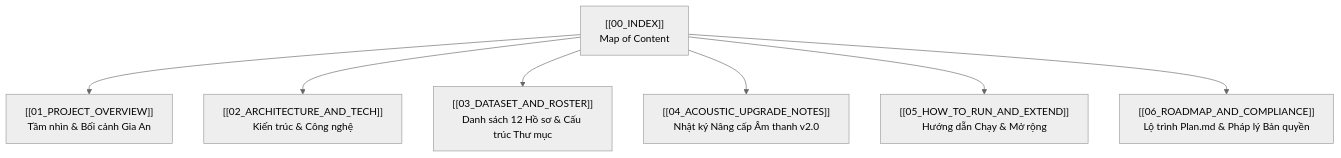
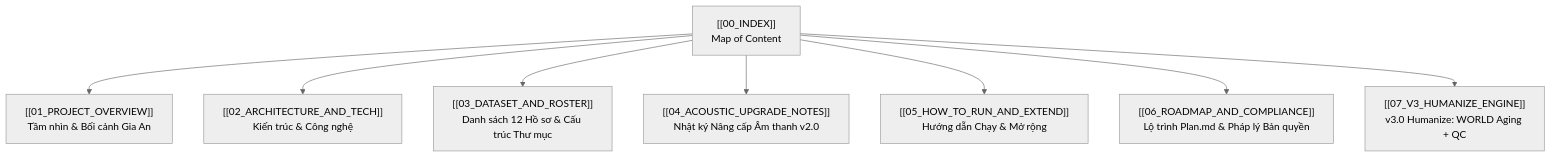
The diagram in vault/00_INDEX.md (AnhDuybugde/elderly-voice-cloning), drawn with Mermaid (neutral theme) before and after one commit. The commit also changed other lines of this file and 588 other files, not shown here.

First line of the commit message:
feat(v3.0): humanize elderly voices with WORLD aging engine, per-speaker identity and QC gate

````diff
--- a/vault/00_INDEX.md
+++ b/vault/00_INDEX.md
@@ -9,9 +9,10 @@
 ```mermaid
 graph TD
     MOC["[[00_INDEX]]<br/>Map of Content"] --> Overview["[[01_PROJECT_OVERVIEW]]<br/>Tầm nhìn & Bối cảnh Gia An"]
     MOC --> Tech["[[02_ARCHITECTURE_AND_TECH]]<br/>Kiến trúc & Công nghệ"]
     MOC --> Roster["[[03_DATASET_AND_ROSTER]]<br/>Danh sách 12 Hồ sơ & Cấu trúc Thư mục"]
     MOC --> Upgrades["[[04_ACOUSTIC_UPGRADE_NOTES]]<br/>Nhật ký Nâng cấp Âm thanh v2.0"]
     MOC --> Guide["[[05_HOW_TO_RUN_AND_EXTEND]]<br/>Hướng dẫn Chạy & Mở rộng"]
     MOC --> Roadmap["[[06_ROADMAP_AND_COMPLIANCE]]<br/>Lộ trình Plan.md & Pháp lý Bản quyền"]
+    MOC --> V3["[[07_V3_HUMANIZE_ENGINE]]<br/>v3.0 Humanize: WORLD Aging + QC"]
 ```
````
